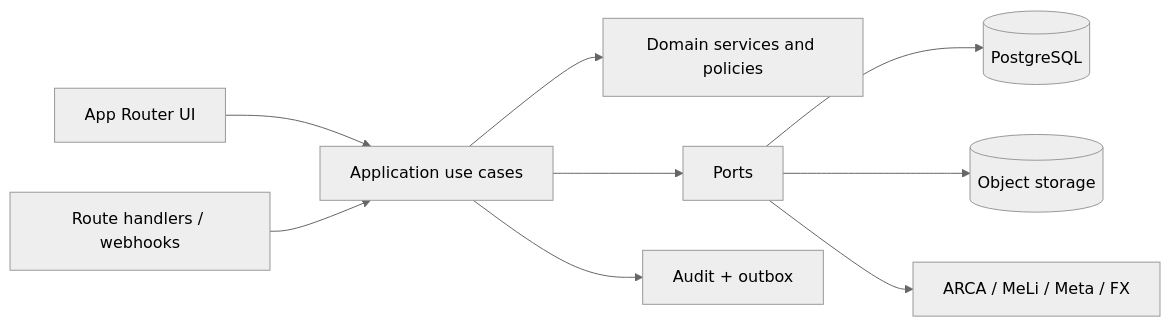
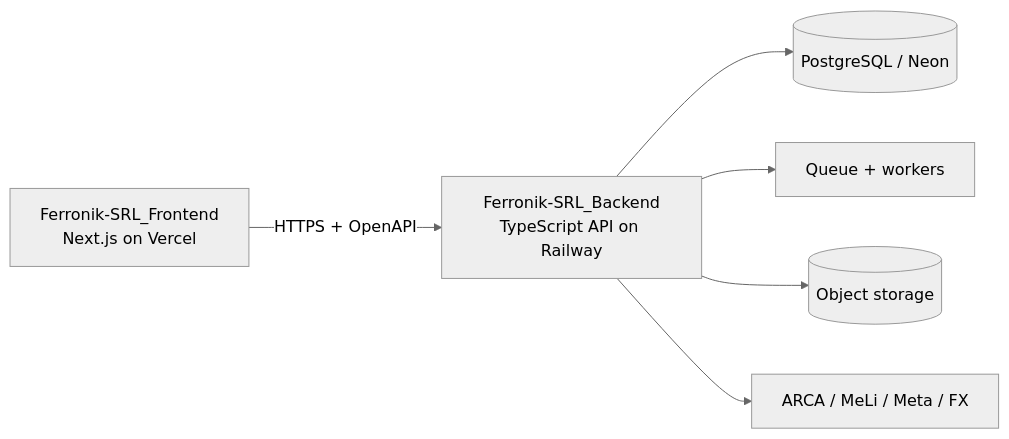
The diagram in docs/ARCHITECTURE.md (facundograndez/Ferronik-SRL_CRM), drawn with Mermaid (neutral theme) before and after one commit. The commit also changed other lines of this file and 11 other files, not shown here.

Commit message:
docs: split frontend and backend architecture

````diff
--- a/docs/ARCHITECTURE.md
+++ b/docs/ARCHITECTURE.md
@@ -20,11 +7,8 @@
 ```mermaid
 flowchart LR
-  UI[App Router UI] --> UC[Application use cases]
-  API[Route handlers / webhooks] --> UC
-  UC --> DOM[Domain services and policies]
-  UC --> PORTS[Ports]
-  PORTS --> DB[(PostgreSQL)]
-  PORTS --> OBJ[(Object storage)]
-  PORTS --> EXT[ARCA / MeLi / Meta / FX]
-  UC --> AUD[Audit + outbox]
+  FE[Ferronik-SRL_Frontend<br/>Next.js on Vercel] -->|HTTPS + OpenAPI| BE[Ferronik-SRL_Backend<br/>TypeScript API on Railway]
+  BE --> DB[(PostgreSQL / Neon)]
+  BE --> Q[Queue + workers]
+  BE --> OBJ[(Object storage)]
+  BE --> EXT[ARCA / MeLi / Meta / FX]
 ```
````
